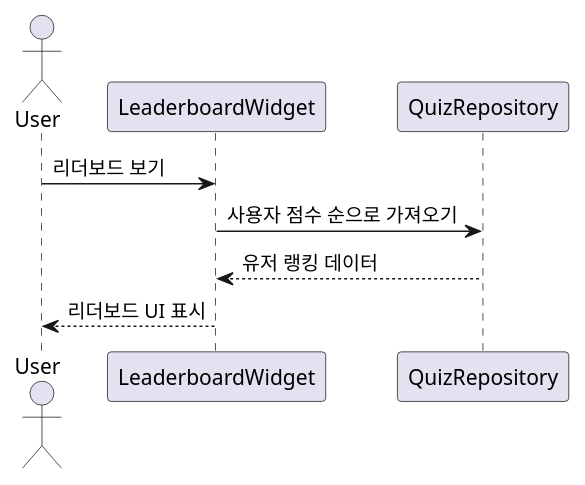
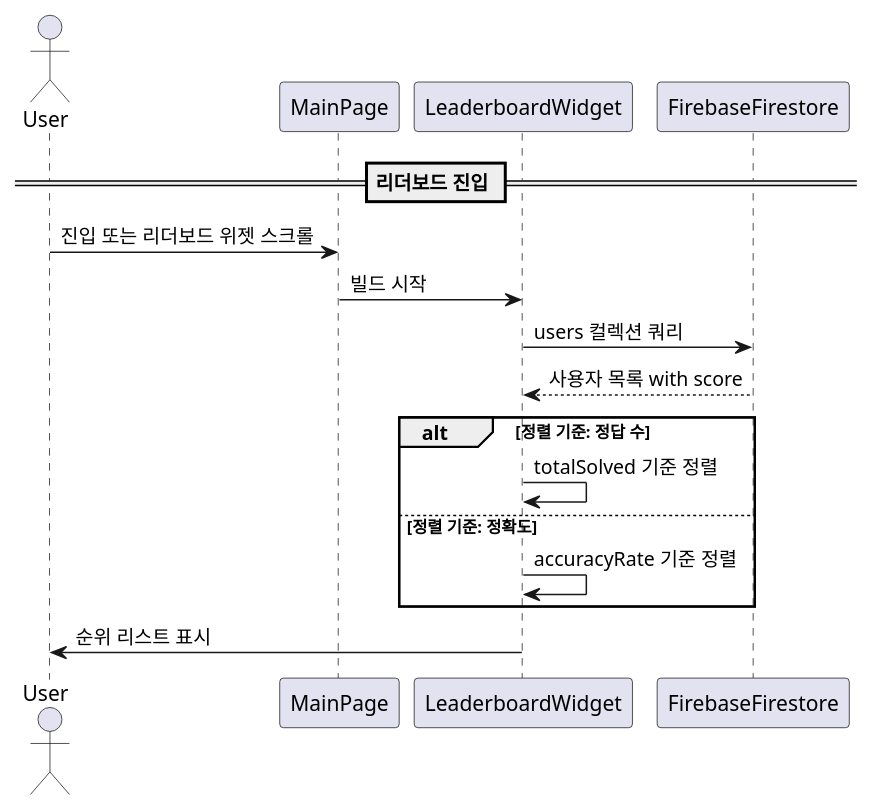
One commit to PLNumber/Eve changed the diagram in assets/puml파일/리더보드.puml. Above: the diagram before and after it, drawn with PlantUML. The commit also changed 13 other files, not shown here.

```diff
--- a/assets/puml파일/리더보드.puml
+++ b/assets/puml파일/리더보드.puml
@@ -1,12 +1,22 @@
 @startuml
 actor User
+participant MainPage
+participant LeaderboardWidget
+participant FirebaseFirestore
 
-participant "LeaderboardWidget" as Leaderboard
-participant "QuizRepository" as Repo
+== 리더보드 진입 ==
 
-User -> Leaderboard: 리더보드 보기
-Leaderboard -> Repo: 사용자 점수 순으로 가져오기
-Repo --> Leaderboard: 유저 랭킹 데이터
-Leaderboard --> User: 리더보드 UI 표시
+User -> MainPage: 진입 또는 리더보드 위젯 스크롤
+MainPage -> LeaderboardWidget: 빌드 시작
+LeaderboardWidget -> FirebaseFirestore: users 컬렉션 쿼리
+FirebaseFirestore --> LeaderboardWidget: 사용자 목록 with score
+
+alt 정렬 기준: 정답 수
+    LeaderboardWidget -> LeaderboardWidget: totalSolved 기준 정렬
+else 정렬 기준: 정확도
+    LeaderboardWidget -> LeaderboardWidget: accuracyRate 기준 정렬
+end
+
+LeaderboardWidget -> User: 순위 리스트 표시
 
 @enduml
```
